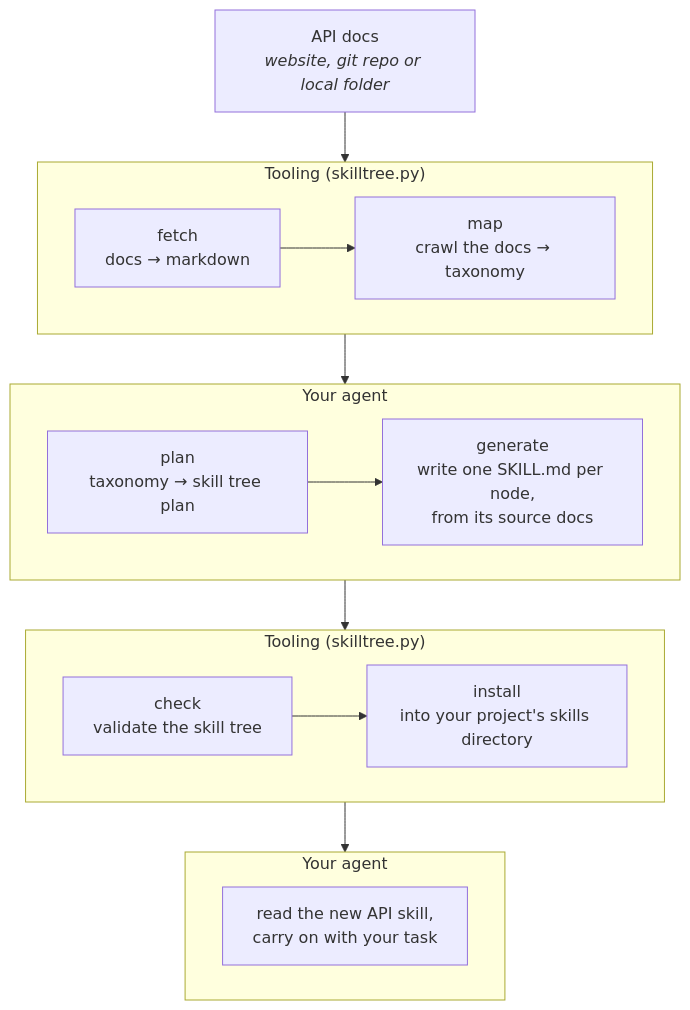
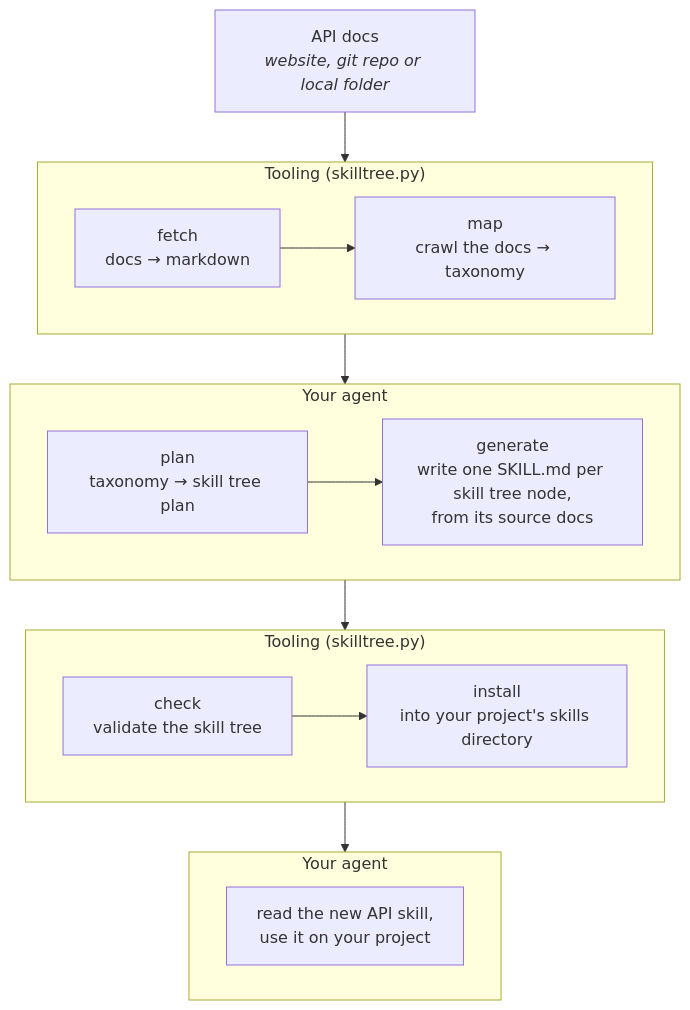
Before and after one commit to anteloc/iskills: the third of 3 diagrams in README.md, drawn with Mermaid. The commit also changed other lines of this file and 1 other file, not shown here.

````diff
--- a/README.md
+++ b/README.md
@@ -66,23 +59,23 @@
 ```mermaid
 graph TD
   docs["API docs<br/><i>website, git repo or local folder</i>"]
   subgraph t1["Tooling (skilltree.py)"]
     direction LR
     fetch["fetch<br/>docs → markdown"] --> map["map<br/>crawl the docs → taxonomy"]
   end
   subgraph a1["Your agent"]
     direction LR
-    plan["plan<br/>taxonomy → skill tree plan"] --> generate["generate<br/>write one SKILL.md per node,<br/>from its source docs"]
+    plan["plan<br/>taxonomy → skill tree plan"] --> generate["generate<br/>write one SKILL.md per skill tree node,<br/>from its source docs"]
   end
   subgraph t2["Tooling (skilltree.py)"]
     direction LR
     check["check<br/>validate the skill tree"] --> install["install<br/>into your project's skills directory"]
   end
   subgraph a2["Your agent"]
-    use["read the new API skill,<br/>carry on with your task"]
+    use["read the new API skill,<br/>use it on your project"]
   end
   docs --> t1
   t1 --> a1
   a1 --> t2
   t2 --> a2
 ```
````
